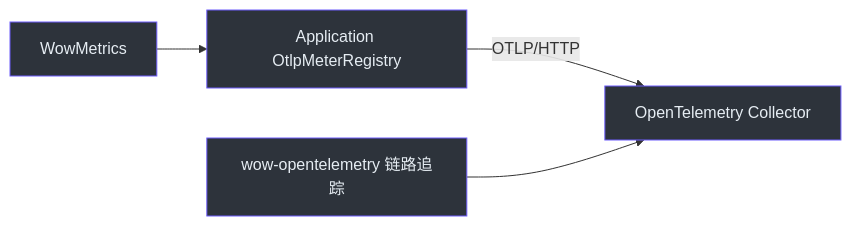
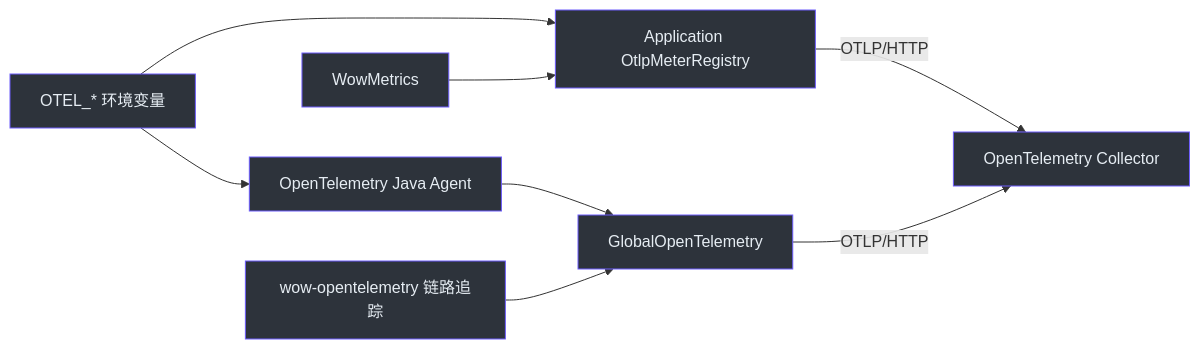
One commit to Ahoo-Wang/Wow changed the diagram in documentation/docs/zh/reference/config/observability.md. Above: the diagram before and after it, drawn with Mermaid. The commit also changed other lines of this file and 11 other files, not shown here.

Commit message:
docs: simplify OpenTelemetry integration (#2873)

````diff
--- a/documentation/docs/zh/reference/config/observability.md
+++ b/documentation/docs/zh/reference/config/observability.md
@@ -141,9 +135,13 @@
 ```mermaid
 flowchart LR
-    Wow["WowMetrics"] --> Otlp["Application OtlpMeterRegistry"]
+    Env["OTEL_* 环境变量"] --> Otlp["Application OtlpMeterRegistry"]
+    Env --> Agent["OpenTelemetry Java Agent"]
+    Wow["WowMetrics"] --> Otlp
     Otlp -->|"OTLP/HTTP"| Collector["OpenTelemetry Collector"]
-    Tracing["wow-opentelemetry 链路追踪"] --> Collector
+    Agent --> Global["GlobalOpenTelemetry"]
+    Tracing["wow-opentelemetry 链路追踪"] --> Global
+    Global -->|"OTLP/HTTP"| Collector
 
     classDef telemetry fill:#2d333b,stroke:#6d5dfc,color:#e6edf3
-    class Wow,Otlp,Collector,Tracing telemetry
+    class Env,Otlp,Agent,Wow,Collector,Global,Tracing telemetry
 ```
````
